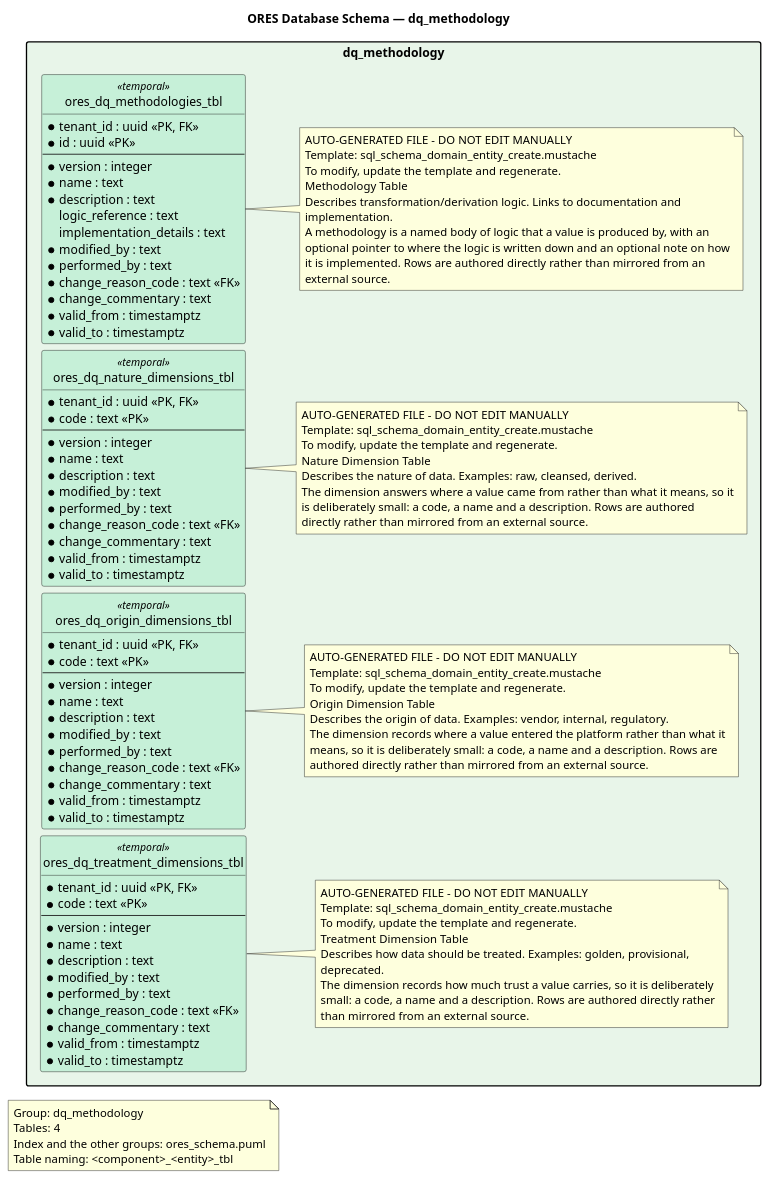
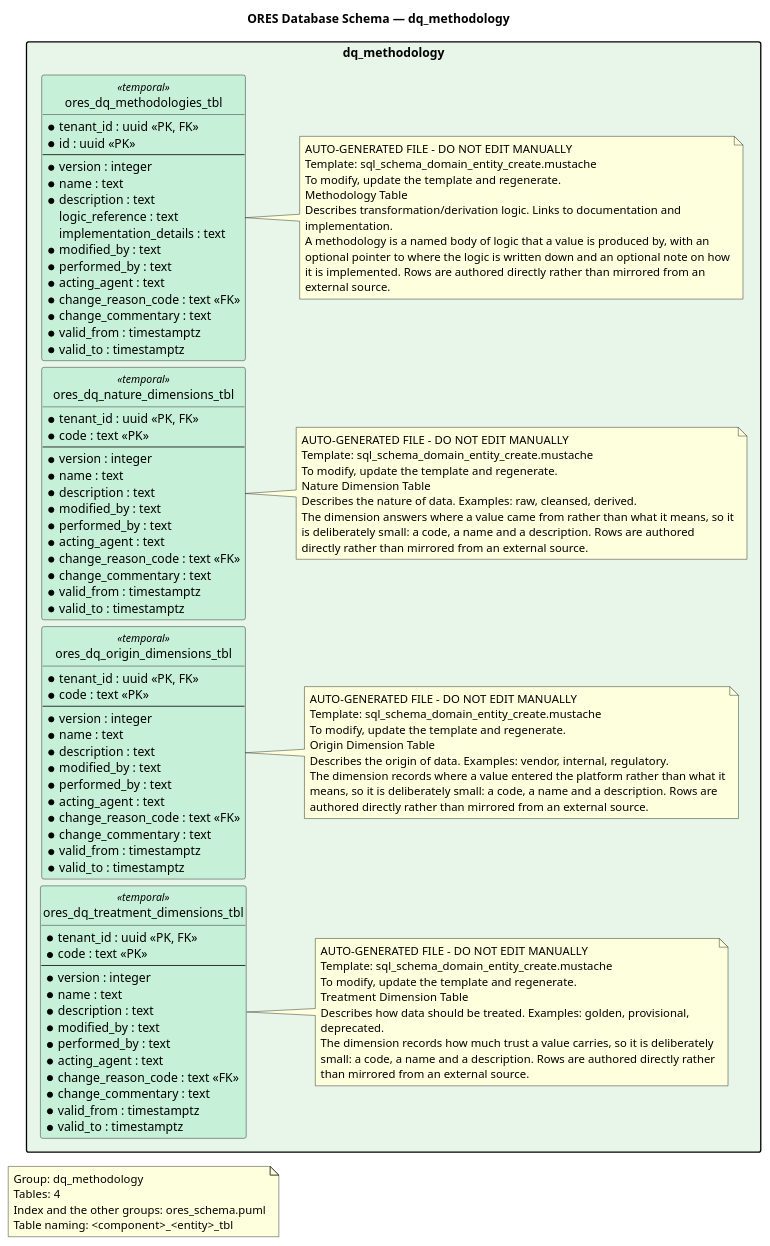
The diagram in projects/ores.sql/modeling/ores_schema.dq_methodology.puml (OreStudio/OreStudio), drawn with PlantUML before and after one commit. The commit also changed 1129 other files, not shown here.

```diff
--- a/projects/ores.sql/modeling/ores_schema.dq_methodology.puml
+++ b/projects/ores.sql/modeling/ores_schema.dq_methodology.puml
@@ -21,143 +21,147 @@
 @startuml
 
 title ORES Database Schema — dq_methodology
 hide circle
 skinparam linetype ortho
 
 ' Layout: left-to-right stacks packages vertically
 left to right direction
 skinparam packageStyle rectangle
 skinparam nodesep 8
 skinparam ranksep 20
 
 note as GroupNote
 Group: dq_methodology
 Tables: 4
 Index and the other groups: ores_schema.puml
 Table naming: <component>_<entity>_tbl
 end note
 
 '
 ' ==================== dq_methodology (Methodology) ====================
 '
 package "dq_methodology" #E8F5E9 {
     entity ores_dq_methodologies_tbl <<temporal>> #C6F0D8 {
         * tenant_id : uuid <<PK, FK>>
         * id : uuid <<PK>>
         --
         * version : integer
         * name : text
         * description : text
           logic_reference : text
           implementation_details : text
         * modified_by : text
         * performed_by : text
+        * acting_agent : text
         * change_reason_code : text <<FK>>
         * change_commentary : text
         * valid_from : timestamptz
         * valid_to : timestamptz
     }
 
     note right of ores_dq_methodologies_tbl
     AUTO-GENERATED FILE - DO NOT EDIT MANUALLY
     Template: sql_schema_domain_entity_create.mustache
     To modify, update the template and regenerate.
     Methodology Table
     Describes transformation/derivation logic. Links to documentation and
     implementation.
     A methodology is a named body of logic that a value is produced by, with an
     optional pointer to where the logic is written down and an optional note on how
     it is implemented. Rows are authored directly rather than mirrored from an
     external source.
     end note
 
     entity ores_dq_nature_dimensions_tbl <<temporal>> #C6F0D8 {
         * tenant_id : uuid <<PK, FK>>
         * code : text <<PK>>
         --
         * version : integer
         * name : text
         * description : text
         * modified_by : text
         * performed_by : text
+        * acting_agent : text
         * change_reason_code : text <<FK>>
         * change_commentary : text
         * valid_from : timestamptz
         * valid_to : timestamptz
     }
 
     note right of ores_dq_nature_dimensions_tbl
     AUTO-GENERATED FILE - DO NOT EDIT MANUALLY
     Template: sql_schema_domain_entity_create.mustache
     To modify, update the template and regenerate.
     Nature Dimension Table
     Describes the nature of data. Examples: raw, cleansed, derived.
     The dimension answers where a value came from rather than what it means, so it
     is deliberately small: a code, a name and a description. Rows are authored
     directly rather than mirrored from an external source.
     end note
 
     entity ores_dq_origin_dimensions_tbl <<temporal>> #C6F0D8 {
         * tenant_id : uuid <<PK, FK>>
         * code : text <<PK>>
         --
         * version : integer
         * name : text
         * description : text
         * modified_by : text
         * performed_by : text
+        * acting_agent : text
         * change_reason_code : text <<FK>>
         * change_commentary : text
         * valid_from : timestamptz
         * valid_to : timestamptz
     }
 
     note right of ores_dq_origin_dimensions_tbl
     AUTO-GENERATED FILE - DO NOT EDIT MANUALLY
     Template: sql_schema_domain_entity_create.mustache
     To modify, update the template and regenerate.
     Origin Dimension Table
     Describes the origin of data. Examples: vendor, internal, regulatory.
     The dimension records where a value entered the platform rather than what it
     means, so it is deliberately small: a code, a name and a description. Rows are
     authored directly rather than mirrored from an external source.
     end note
 
     entity ores_dq_treatment_dimensions_tbl <<temporal>> #C6F0D8 {
         * tenant_id : uuid <<PK, FK>>
         * code : text <<PK>>
         --
         * version : integer
         * name : text
         * description : text
         * modified_by : text
         * performed_by : text
+        * acting_agent : text
         * change_reason_code : text <<FK>>
         * change_commentary : text
         * valid_from : timestamptz
         * valid_to : timestamptz
     }
 
     note right of ores_dq_treatment_dimensions_tbl
     AUTO-GENERATED FILE - DO NOT EDIT MANUALLY
     Template: sql_schema_domain_entity_create.mustache
     To modify, update the template and regenerate.
     Treatment Dimension Table
     Describes how data should be treated. Examples: golden, provisional,
     deprecated.
     The dimension records how much trust a value carries, so it is deliberately
     small: a code, a name and a description. Rows are authored directly rather
     than mirrored from an external source.
     end note
 
 }
 
 
 '
 ' ==================== Relationships ====================
 '
 
 ' Local Variables:
 ' compile-command: "java -Djava.awt.headless=true -DPLANTUML_LIMIT_SIZE=131072 -jar /usr/share/plantuml/plantuml.jar ores_schema.dq_methodology.puml"
 ' End:
 @enduml
```
